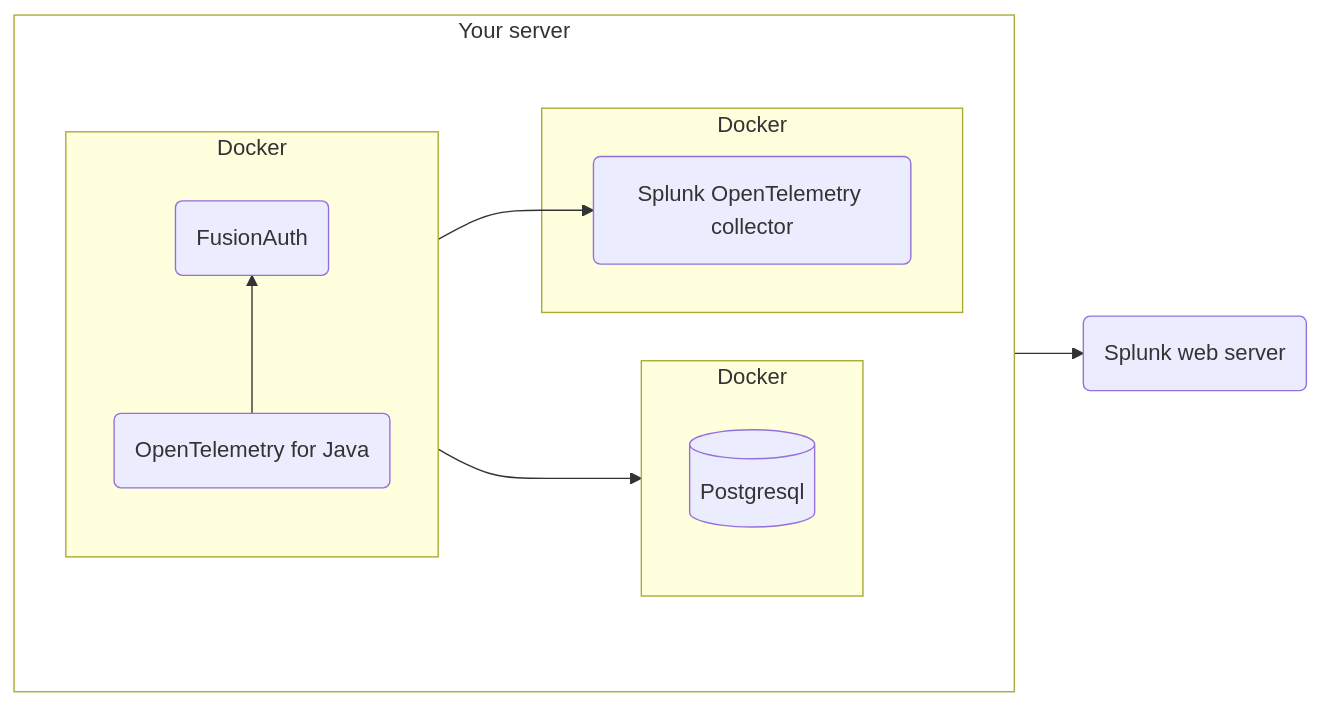
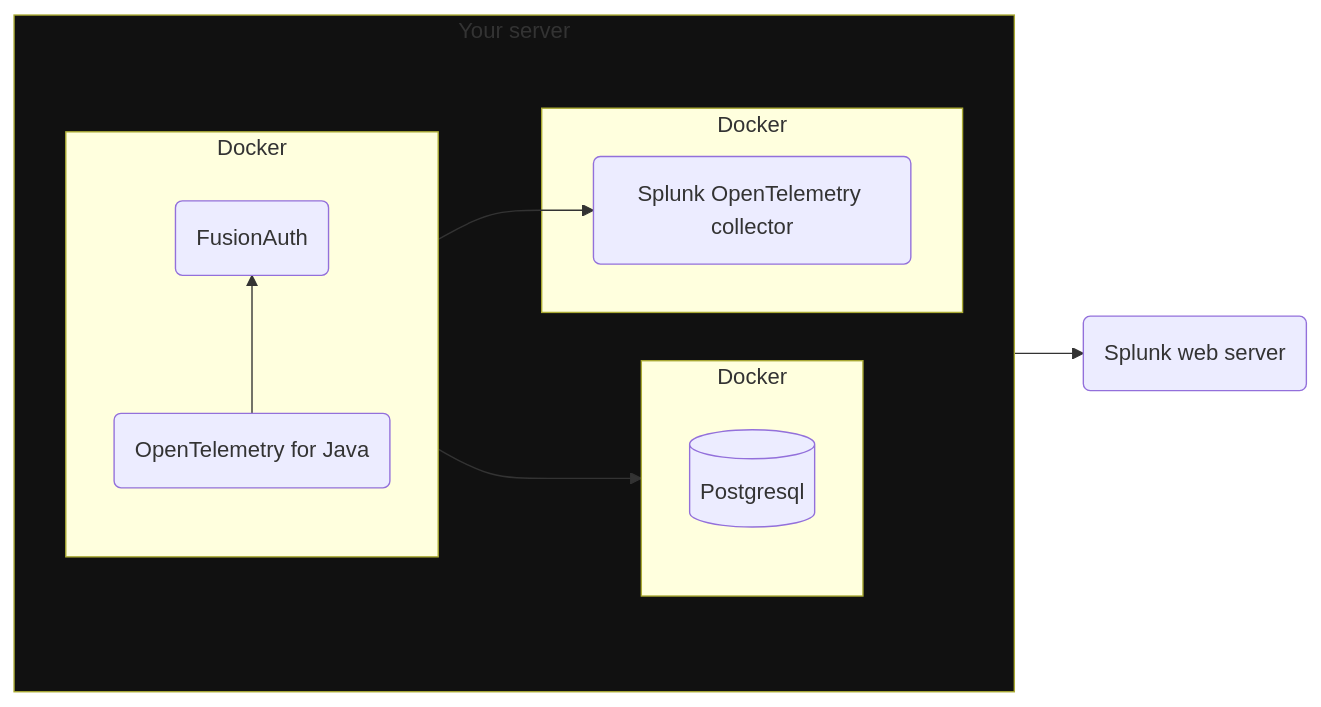
One commit to FusionAuth/fusionauth-site changed the second of 2 diagrams in astro/src/content/docs/operate/secure-and-monitor/splunk.mdx. Above: the diagram before and after it, drawn with Mermaid. The commit also changed other lines of this file, not shown here.

Commit message:
fix diagram color again

````diff
--- a/astro/src/content/docs/operate/secure-and-monitor/splunk.mdx
+++ b/astro/src/content/docs/operate/secure-and-monitor/splunk.mdx
@@ -207,20 +207,20 @@
 ```mermaid
 graph LR
   subgraph I[Your server]
     direction LR
     subgraph G[Docker]
       H[(Postgresql)]
     end
     subgraph C[Docker]
       direction BT
       D(OpenTelemetry for Java) --> A(FusionAuth)
     end
     subgraph E[Docker]
       B(Splunk OpenTelemetry collector)
     end
   end
   C --> G
   C --> B
   E --> F(Splunk web server)
-  style I fill:#0000
+  style I fill:#111
 ```
````
